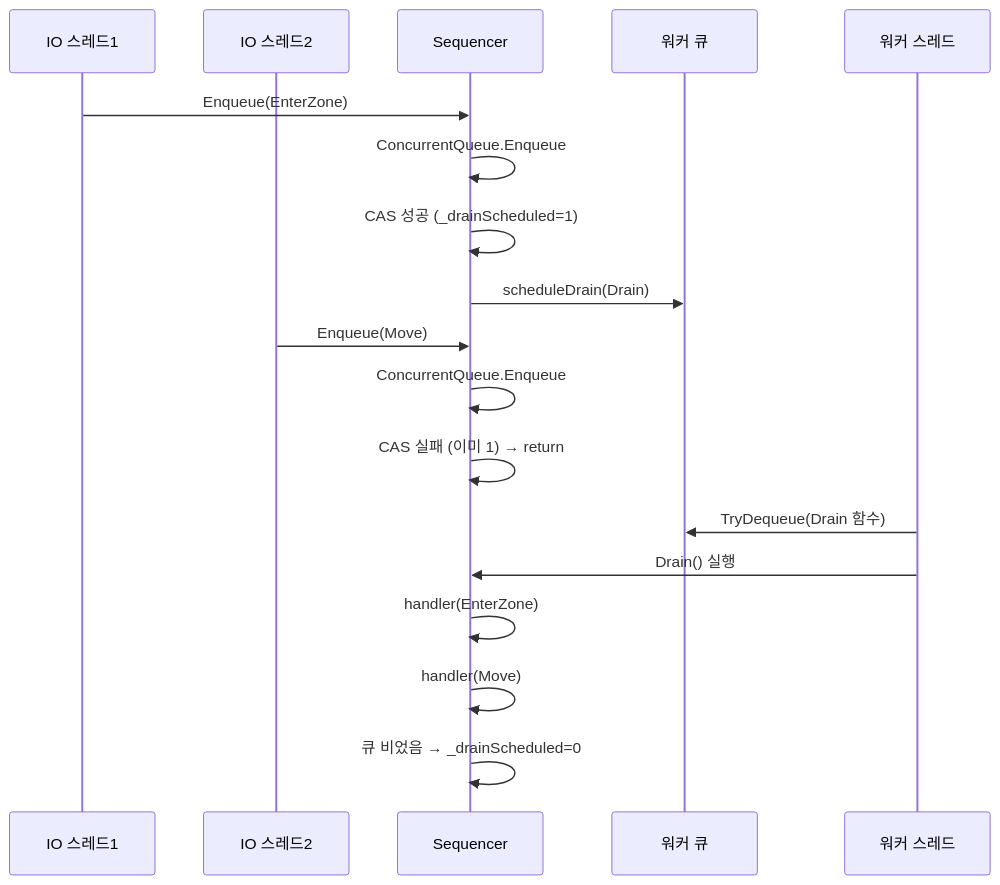
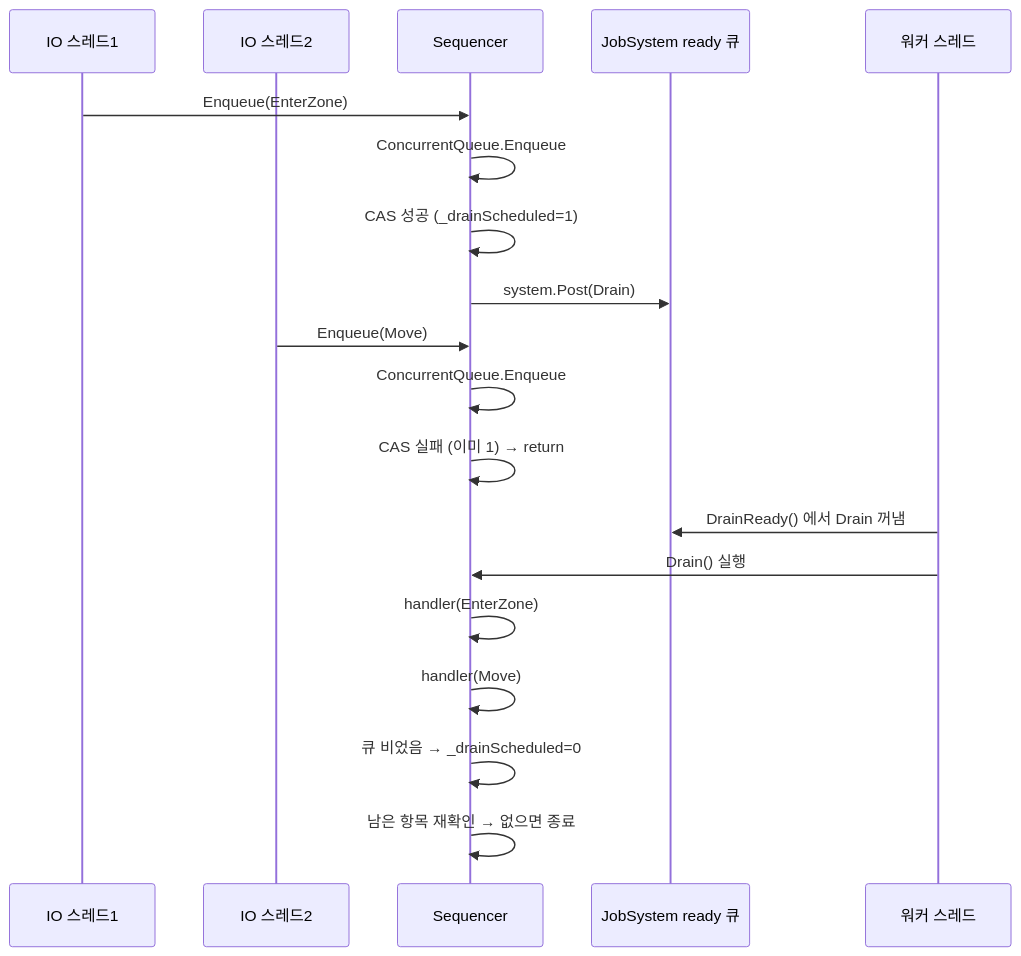
One commit to jacking75/JobDispatcherNET changed the diagram in Book/chapter07.md. Above: the diagram before and after it, drawn with Mermaid. The commit also changed other lines of this file and 131 other files, not shown here.

````diff
--- a/Book/chapter07.md
+++ b/Book/chapter07.md
@@ -244,23 +363,24 @@
 ```mermaid
 sequenceDiagram
     participant IO1 as IO 스레드1
     participant IO2 as IO 스레드2
     participant S as Sequencer
-    participant W as 워커 큐
+    participant JS as JobSystem ready 큐
     participant WR as 워커 스레드
 
     IO1->>S: Enqueue(EnterZone)
     S->>S: ConcurrentQueue.Enqueue
     S->>S: CAS 성공 (_drainScheduled=1)
-    S->>W: scheduleDrain(Drain)
+    S->>JS: system.Post(Drain)
 
     IO2->>S: Enqueue(Move)
     S->>S: ConcurrentQueue.Enqueue
     S->>S: CAS 실패 (이미 1) → return
 
-    WR->>W: TryDequeue(Drain 함수)
+    WR->>JS: DrainReady() 에서 Drain 꺼냄
     WR->>S: Drain() 실행
     S->>S: handler(EnterZone)
     S->>S: handler(Move)
     S->>S: 큐 비었음 → _drainScheduled=0
+    S->>S: 남은 항목 재확인 → 없으면 종료
 ```
````
